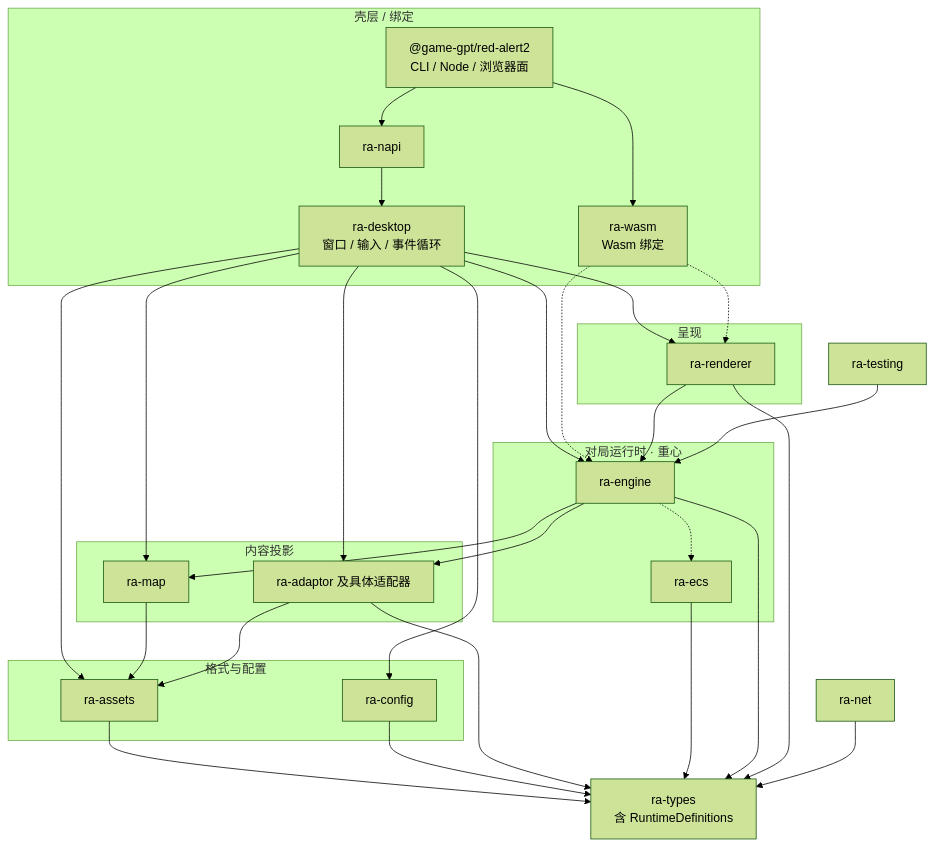
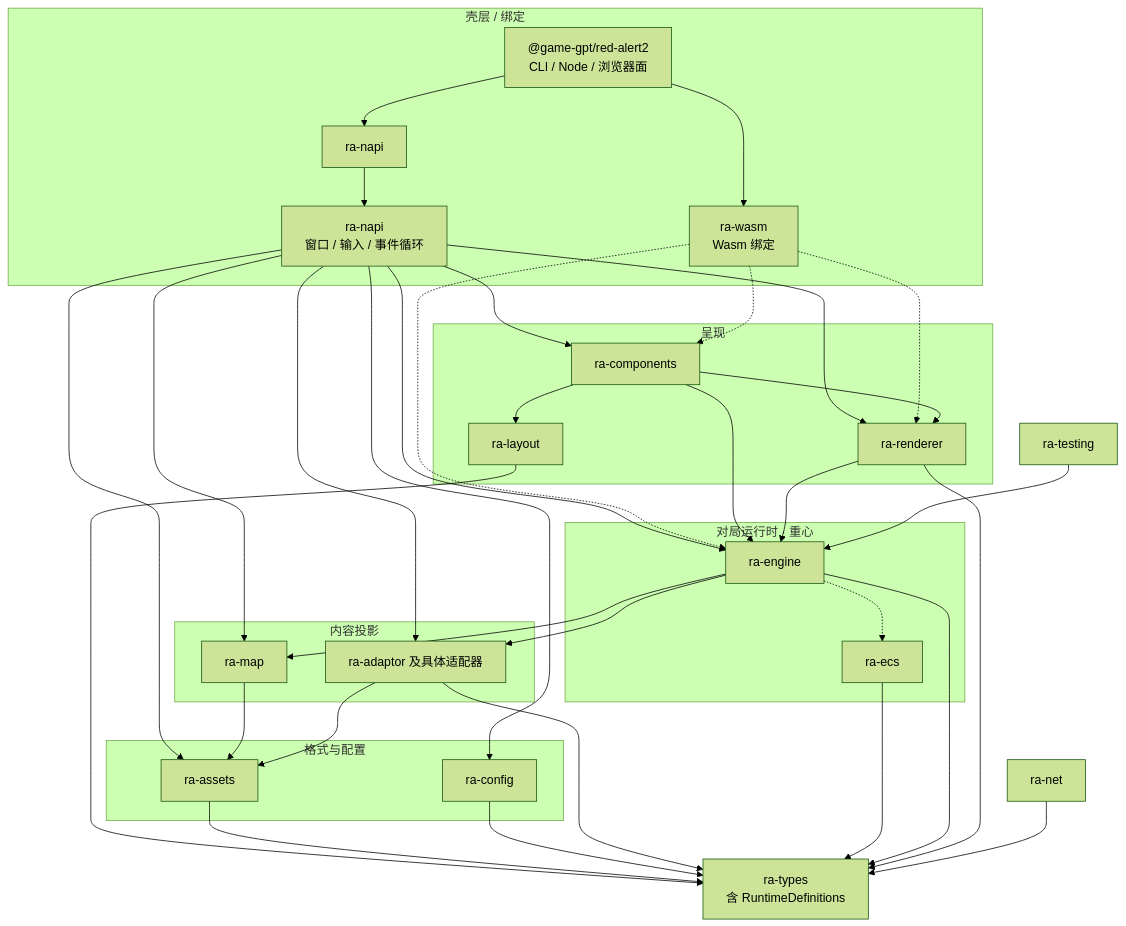
The second of 3 diagrams in readme.md (rust-alert/ra2.exe), drawn with Mermaid (forest theme) before and after one commit. The commit also changed other lines of this file and 14 other files, not shown here.

````diff
--- a/readme.md
+++ b/readme.md
@@ -126,57 +126,65 @@
 ```mermaid
 flowchart TB
     subgraph shells["壳层 / 绑定"]
         host["@game-gpt/red-alert2<br/>CLI / Node / 浏览器面"]
         napi["ra-napi"]
-        desktop["ra-desktop<br/>窗口 / 输入 / 事件循环"]
+        desktop["ra-napi<br/>窗口 / 输入 / 事件循环"]
         wasm["ra-wasm<br/>Wasm 绑定"]
     end
 
     subgraph present["呈现"]
+        layout["ra-layout"]
+        components["ra-components"]
         renderer["ra-renderer"]
     end
 
     subgraph runtime["对局运行时 · 重心"]
         engine["ra-engine"]
         ecs["ra-ecs"]
     end
 
     subgraph content["内容投影"]
         map["ra-map"]
         adaptor["ra-adaptor 及具体适配器"]
     end
 
     subgraph formats["格式与配置"]
         assets["ra-assets"]
         config["ra-config"]
     end
 
     types["ra-types<br/>含 RuntimeDefinitions"]
     net["ra-net"]
     testing["ra-testing"]
     host --> napi
     host --> wasm
     napi --> desktop
     desktop --> config
+    desktop --> components
     desktop --> renderer
     desktop --> engine
     desktop --> map
     desktop --> assets
     desktop --> adaptor
+    wasm -.-> components
     wasm -.-> renderer
     wasm -.-> engine
+    components --> layout
+    components --> renderer
+    components --> engine
+    layout --> types
     renderer --> engine
     engine -.-> ecs
     engine --> map
     engine --> adaptor
     map --> assets
     adaptor --> assets
     assets --> types
     config --> types
     adaptor --> types
     ecs --> types
     engine --> types
     renderer --> types
     net --> types
     testing --> engine
 ```
````
